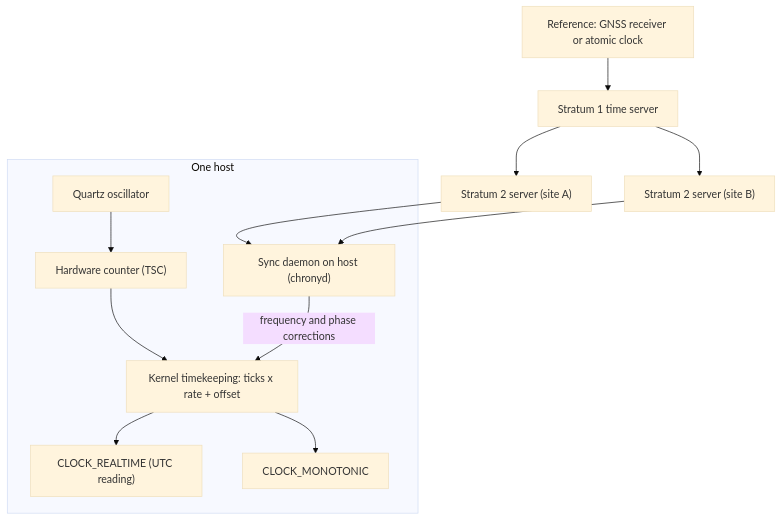
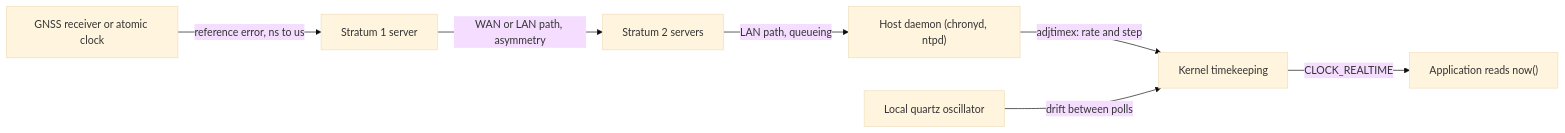
One commit to gorkemsari/distributed-systems changed the first of 6 diagrams in src/content/docs/en/foundations/time-and-ordering/physical-clocks.mdx. Above: the diagram before and after it, drawn with Mermaid (base theme). The commit also changed other lines of this file and 3 other files, not shown here.

````diff
--- a/src/content/docs/en/foundations/time-and-ordering/physical-clocks.mdx
+++ b/src/content/docs/en/foundations/time-and-ordering/physical-clocks.mdx
@@ -17,15 +13,9 @@
 ```mermaid
-flowchart TD
-    REF["Reference: GNSS receiver or atomic clock"] --> S1["Stratum 1 time server"]
-    S1 --> S2A["Stratum 2 server (site A)"]
-    S1 --> S2B["Stratum 2 server (site B)"]
-    S2A --> D["Sync daemon on host (chronyd)"]
-    S2B --> D
-    subgraph HOST["One host"]
-        XO["Quartz oscillator"] --> CTR["Hardware counter (TSC)"]
-        CTR --> K["Kernel timekeeping: ticks x rate + offset"]
-        D -->|"frequency and phase corrections"| K
-        K --> RT["CLOCK_REALTIME (UTC reading)"]
-        K --> MONO["CLOCK_MONOTONIC"]
-    end
+flowchart LR
+    REF["GNSS receiver or atomic clock"] -->|"reference error, ns to us"| S1["Stratum 1 server"]
+    S1 -->|"WAN or LAN path, asymmetry"| S2["Stratum 2 servers"]
+    S2 -->|"LAN path, queueing"| D["Host daemon (chronyd, ntpd)"]
+    D -->|"adjtimex: rate and step"| K["Kernel timekeeping"]
+    OSC["Local quartz oscillator"] -->|"drift between polls"| K
+    K -->|"CLOCK_REALTIME"| APP["Application reads now()"]
 ```
````
